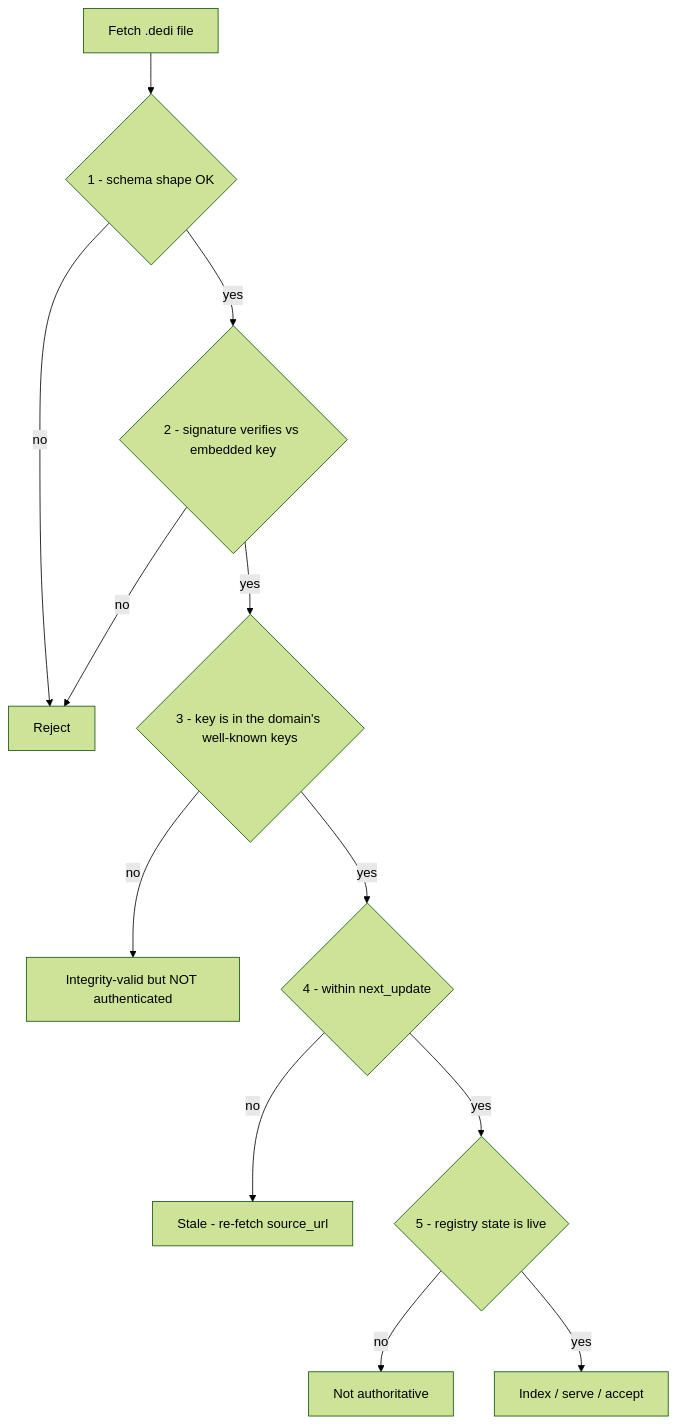
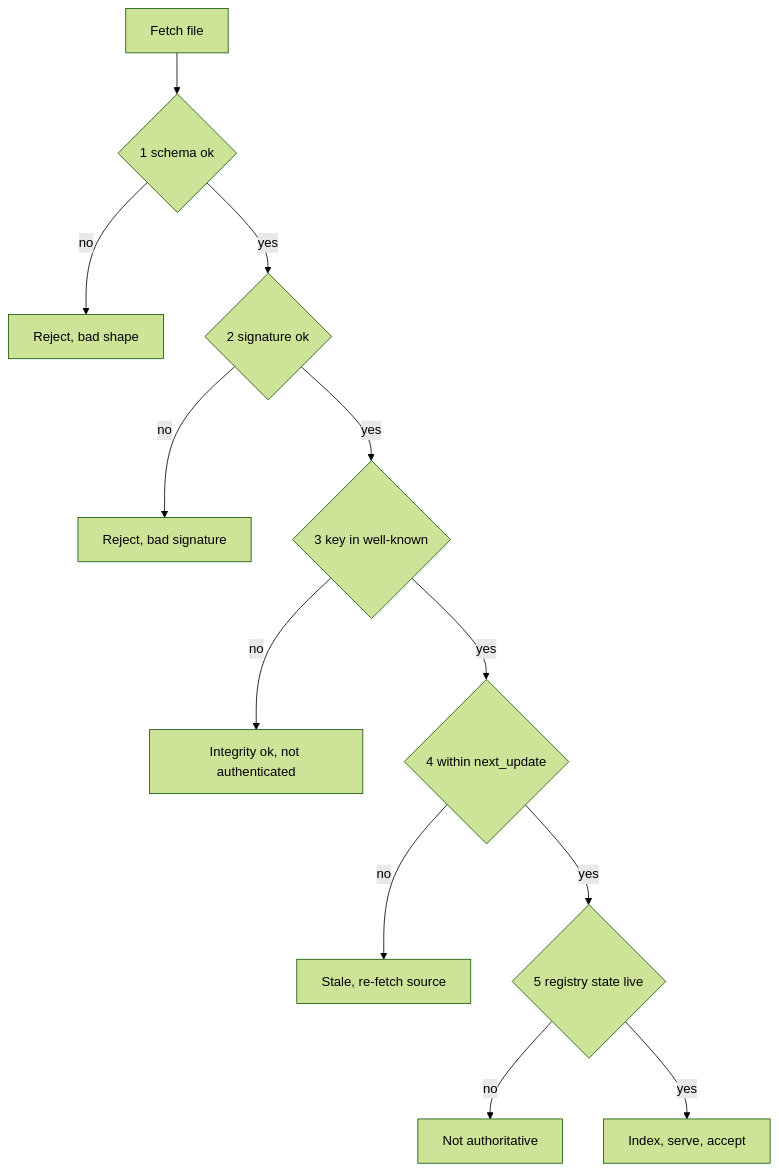
One commit to nfh-trust-labs/DeDi changed the fifth of 6 diagrams in docs/publishing-dedi-files.md. Above: the diagram before and after it, drawn with Mermaid (forest theme).

Commit message:
Fix A.5 verify flowchart rendering on GitHub
The flowchart failed to render (dagre 'Could not find a suitable point for the given distance'), caused by long decision-diamond labels plus a shared Reject target node. Rewrite with short labels and a unique outcome node per branch.

````diff
--- a/docs/publishing-dedi-files.md
+++ b/docs/publishing-dedi-files.md
@@ -428,14 +428,14 @@
 ```mermaid
 flowchart TD
-    A[Fetch .dedi file] --> B{"1 - schema shape OK"}
-    B -- no --> X[Reject]
-    B -- yes --> C{"2 - signature verifies vs embedded key"}
-    C -- no --> X
-    C -- yes --> D{"3 - key is in the domain's well-known keys"}
-    D -- no --> U[Integrity-valid but NOT authenticated]
-    D -- yes --> E{"4 - within next_update"}
-    E -- no --> H[Stale - re-fetch source_url]
-    E -- yes --> F{"5 - registry state is live"}
-    F -- no --> I[Not authoritative]
-    F -- yes --> K[Index / serve / accept]
+    A[Fetch file] --> B{1 schema ok}
+    B -->|no| BR[Reject, bad shape]
+    B -->|yes| C{2 signature ok}
+    C -->|no| CR[Reject, bad signature]
+    C -->|yes| D{3 key in well-known}
+    D -->|no| DR[Integrity ok, not authenticated]
+    D -->|yes| E{4 within next_update}
+    E -->|no| ER[Stale, re-fetch source]
+    E -->|yes| F{5 registry state live}
+    F -->|no| FR[Not authoritative]
+    F -->|yes| K[Index, serve, accept]
 ```
````
